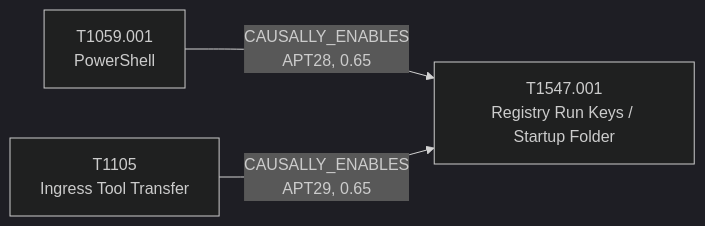
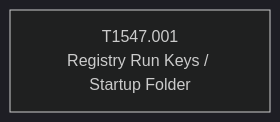
One commit to HungryBrain-bot/attackKnowledgeGraph changed the diagram in docs/attack-patterns/T1547.001-registry-run-keys.md. Above: the diagram before and after it, drawn with Mermaid (dark theme). The commit also changed other lines of this file and 22 other files, not shown here.

First line of the commit message:
fix: re-audit all 17 semantic edges against primary sources; keep 5

````diff
--- a/docs/attack-patterns/T1547.001-registry-run-keys.md
+++ b/docs/attack-patterns/T1547.001-registry-run-keys.md
@@ -56,8 +64,5 @@
 ```mermaid
 flowchart LR
     T_T1547_001["T1547.001<br/>Registry Run Keys / Startup Folder"]
-    T_T1059_001["T1059.001<br/>PowerShell"]
-    T_T1105["T1105<br/>Ingress Tool Transfer"]
-    T_T1059_001 -->|"CAUSALLY_ENABLES<br/>APT28, 0.65"| T_T1547_001
-    T_T1105 -->|"CAUSALLY_ENABLES<br/>APT29, 0.65"| T_T1547_001
+    %% no semantic edges touch T1547.001 yet
 ```
````
